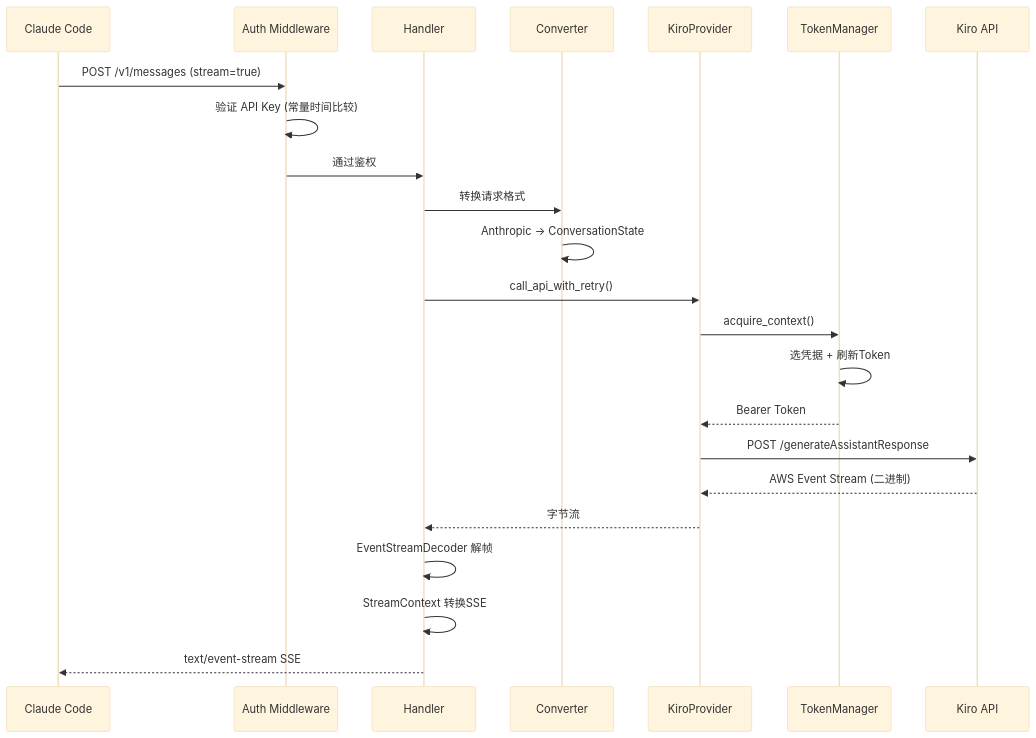
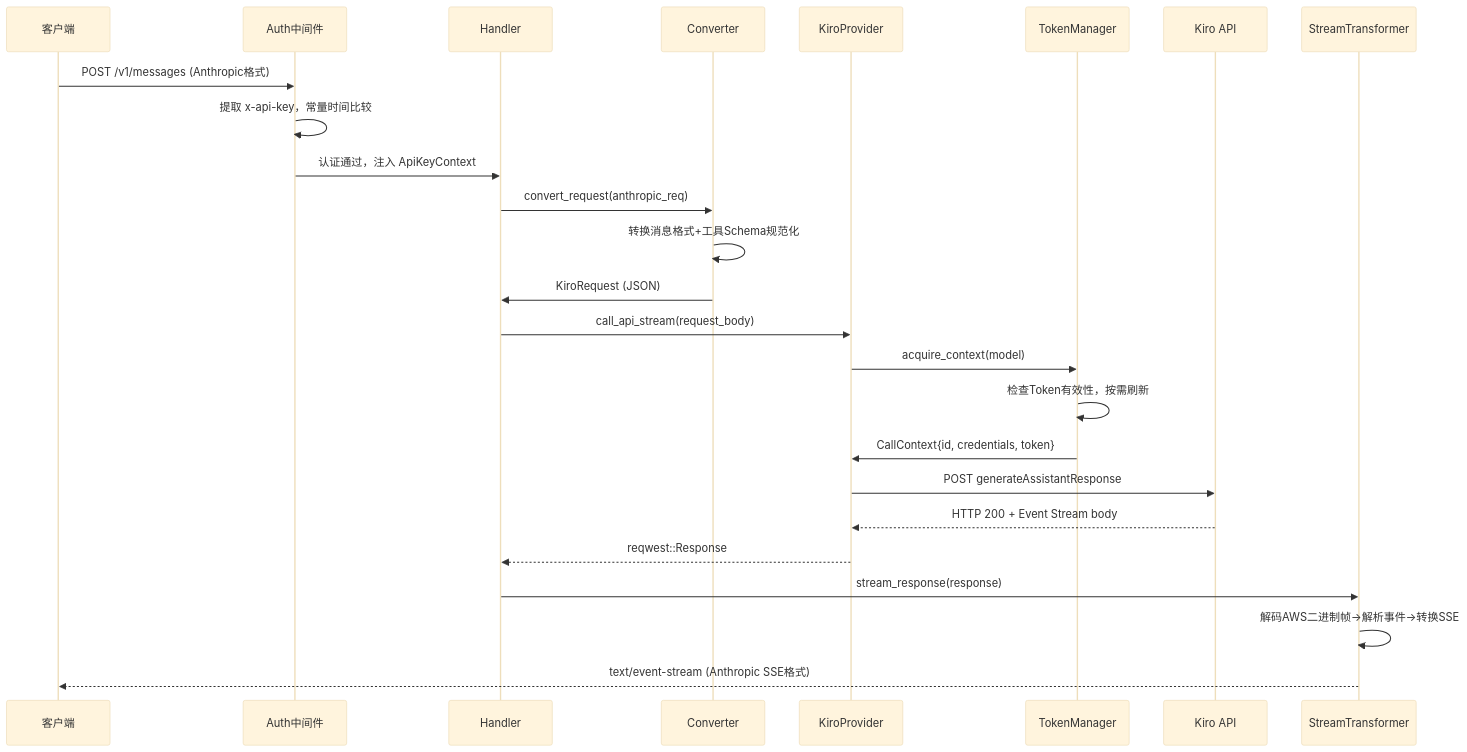
One commit to goldencolor/kiro2cc-proxy-local changed the first of 2 diagrams in kiro2cc-proxy_源码全景解析.md. Above: the diagram before and after it, drawn with Mermaid (base theme). The commit also changed other lines of this file, not shown here.

````diff
--- a/kiro2cc-proxy_源码全景解析.md
+++ b/kiro2cc-proxy_源码全景解析.md
@@ -234,25 +250,28 @@
 ```mermaid
 sequenceDiagram
-    participant CC as Claude Code
-    participant MW as Auth Middleware
+    participant C as 客户端
+    participant M as Auth中间件
     participant H as Handler
     participant CV as Converter
-    participant KP as KiroProvider
+    participant P as KiroProvider
     participant TM as TokenManager
-    participant KI as Kiro API
-    CC->>MW: POST /v1/messages (stream=true)
-    MW->>MW: 验证 API Key (常量时间比较)
-    MW->>H: 通过鉴权
-    H->>CV: 转换请求格式
-    CV->>CV: Anthropic → ConversationState
-    H->>KP: call_api_with_retry()
-    KP->>TM: acquire_context()
-    TM->>TM: 选凭据 + 刷新Token
-    TM-->>KP: Bearer Token
-    KP->>KI: POST /generateAssistantResponse
-    KI-->>KP: AWS Event Stream (二进制)
-    KP-->>H: 字节流
-    H->>H: EventStreamDecoder 解帧
-    H->>H: StreamContext 转换SSE
-    H-->>CC: text/event-stream SSE
+    participant K as Kiro API
+    participant ST as StreamTransformer
+
+    C->>M: POST /v1/messages (Anthropic格式)
+    M->>M: 提取 x-api-key，常量时间比较
+    M->>H: 认证通过，注入 ApiKeyContext
+    H->>CV: convert_request(anthropic_req)
+    CV->>CV: 转换消息格式+工具Schema规范化
+    CV->>H: KiroRequest (JSON)
+    H->>P: call_api_stream(request_body)
+    P->>TM: acquire_context(model)
+    TM->>TM: 检查Token有效性，按需刷新
+    TM->>P: CallContext{id, credentials, token}
+    P->>K: POST generateAssistantResponse
+    K-->>P: HTTP 200 + Event Stream body
+    P-->>H: reqwest::Response
+    H->>ST: stream_response(response)
+    ST->>ST: 解码AWS二进制帧→解析事件→转换SSE
+    ST-->>C: text/event-stream (Anthropic SSE格式)
 ```
````
